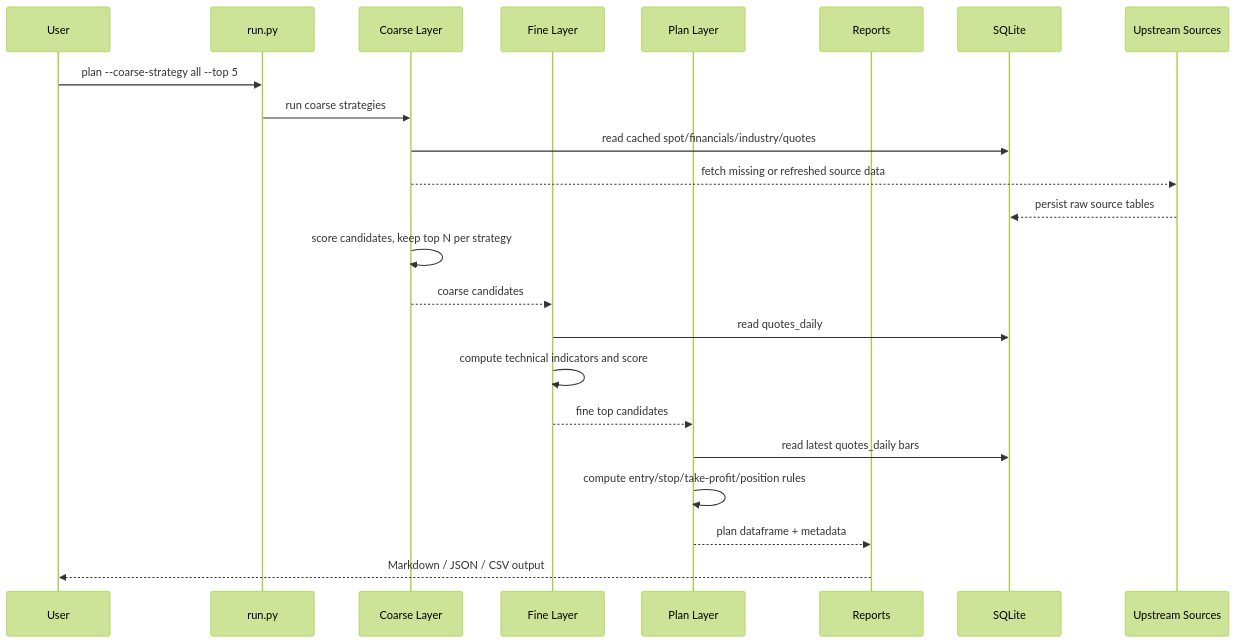
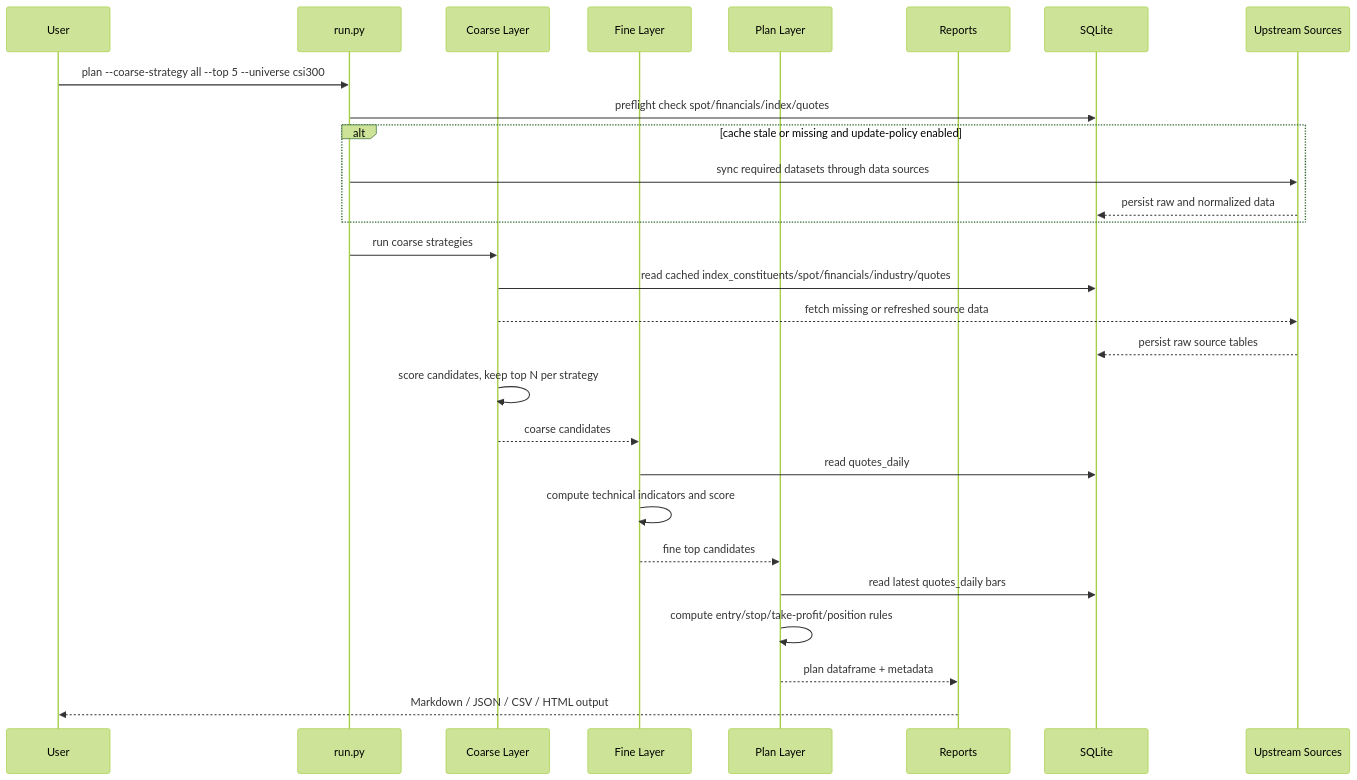
Before and after one commit to dlxu1/tech-growth-stock-screener: the third of 4 diagrams in references/architecture.md, drawn with Mermaid (forest theme). The commit also changed other lines of this file and 36 other files, not shown here.

````diff
--- a/references/architecture.md
+++ b/references/architecture.md
@@ -191,26 +206,31 @@
 ```mermaid
 sequenceDiagram
   participant U as User
   participant CLI as run.py
   participant C as Coarse Layer
   participant F as Fine Layer
   participant P as Plan Layer
   participant R as Reports
   participant DB as SQLite
   participant S as Upstream Sources
 
-  U->>CLI: plan --coarse-strategy all --top 5
+  U->>CLI: plan --coarse-strategy all --top 5 --universe csi300
+  CLI->>DB: preflight check spot/financials/index/quotes
+  alt cache stale or missing and update-policy enabled
+    CLI->>S: sync required datasets through data sources
+    S-->>DB: persist raw and normalized data
+  end
   CLI->>C: run coarse strategies
-  C->>DB: read cached spot/financials/industry/quotes
+  C->>DB: read cached index_constituents/spot/financials/industry/quotes
   C-->>S: fetch missing or refreshed source data
   S-->>DB: persist raw source tables
   C->>C: score candidates, keep top N per strategy
   C-->>F: coarse candidates
   F->>DB: read quotes_daily
   F->>F: compute technical indicators and score
   F-->>P: fine top candidates
   P->>DB: read latest quotes_daily bars
   P->>P: compute entry/stop/take-profit/position rules
   P-->>R: plan dataframe + metadata
-  R-->>U: Markdown / JSON / CSV output
+  R-->>U: Markdown / JSON / CSV / HTML output
 ```
````
